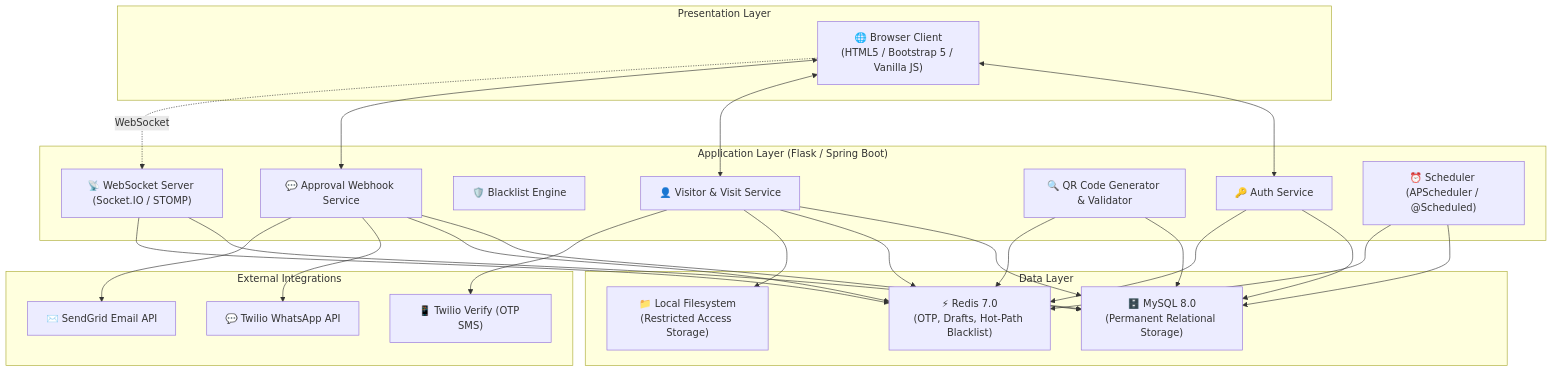
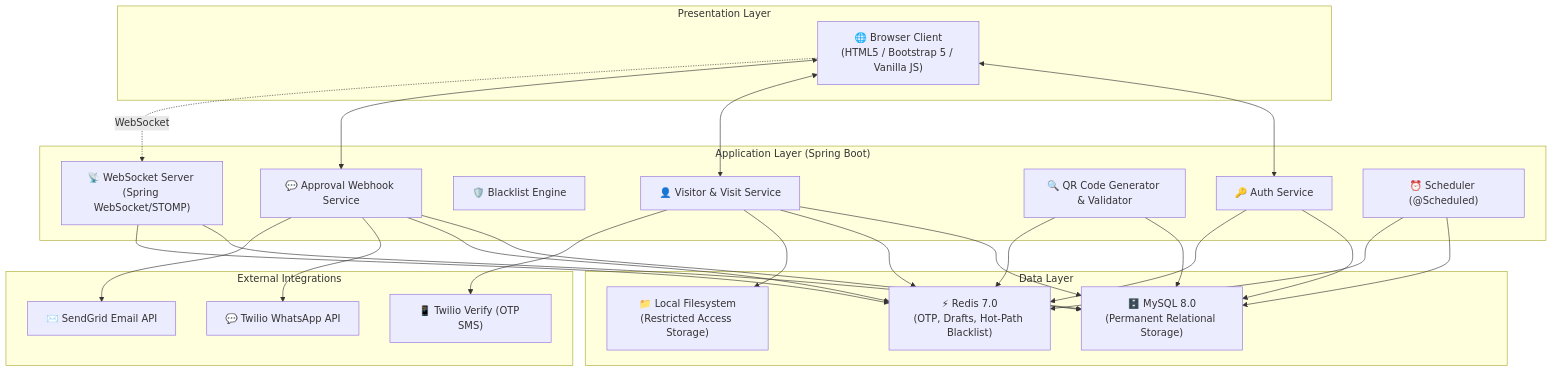
The diagram in README.md (Bala12333/Vistor_Management_System), drawn with Mermaid before and after one commit. The commit also changed other lines of this file and 5 other files, not shown here.

First line of the commit message:
docs: upgrade system documentation to v4.0 and finalize Spring Boot tech stack

````diff
--- a/README.md
+++ b/README.md
@@ -24,32 +24,32 @@
 ```mermaid
 flowchart TB
     subgraph Presentation["Presentation Layer"]
         BROWSER["🌐 Browser Client<br/>(HTML5 / Bootstrap 5 / Vanilla JS)"]
     end
-    subgraph App["Application Layer (Flask / Spring Boot)"]
+    subgraph App["Application Layer (Spring Boot)"]
         AUTH["🔑 Auth Service"]
         VISITOR["👤 Visitor & Visit Service"]
         BLACKLIST["🛡️ Blacklist Engine"]
         APPROVAL["💬 Approval Webhook Service"]
         QR["🔍 QR Code Generator & Validator"]
-        WS["📡 WebSocket Server (Socket.IO / STOMP)"]
-        SCHED["⏰ Scheduler (APScheduler / @Scheduled)"]
+        WS["📡 WebSocket Server (Spring WebSocket/STOMP)"]
+        SCHED["⏰ Scheduler (@Scheduled)"]
     end
     subgraph Data["Data Layer"]
         MYSQL["🗄️ MySQL 8.0<br/>(Permanent Relational Storage)"]
         REDIS["⚡ Redis 7.0<br/>(OTP, Drafts, Hot-Path Blacklist)"]
         FILES["📁 Local Filesystem<br/>(Restricted Access Storage)"]
     end
     subgraph Services["External Integrations"]
         TWILIO_V["📱 Twilio Verify (OTP SMS)"]
         TWILIO_W["💬 Twilio WhatsApp API"]
         SENDGRID["✉️ SendGrid Email API"]
     end
 
     BROWSER <--> AUTH & VISITOR & APPROVAL
     BROWSER -. WebSocket .-> WS
     AUTH & VISITOR & APPROVAL & QR & SCHED & WS --> MYSQL & REDIS
     VISITOR --> FILES
     VISITOR --> TWILIO_V
     APPROVAL --> TWILIO_W & SENDGRID
 ```
````
